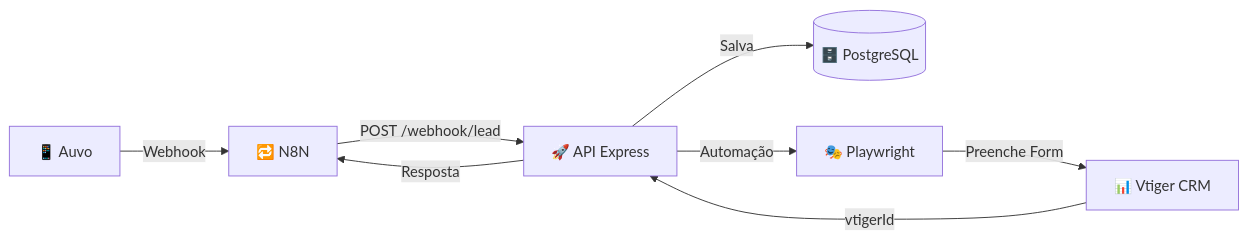
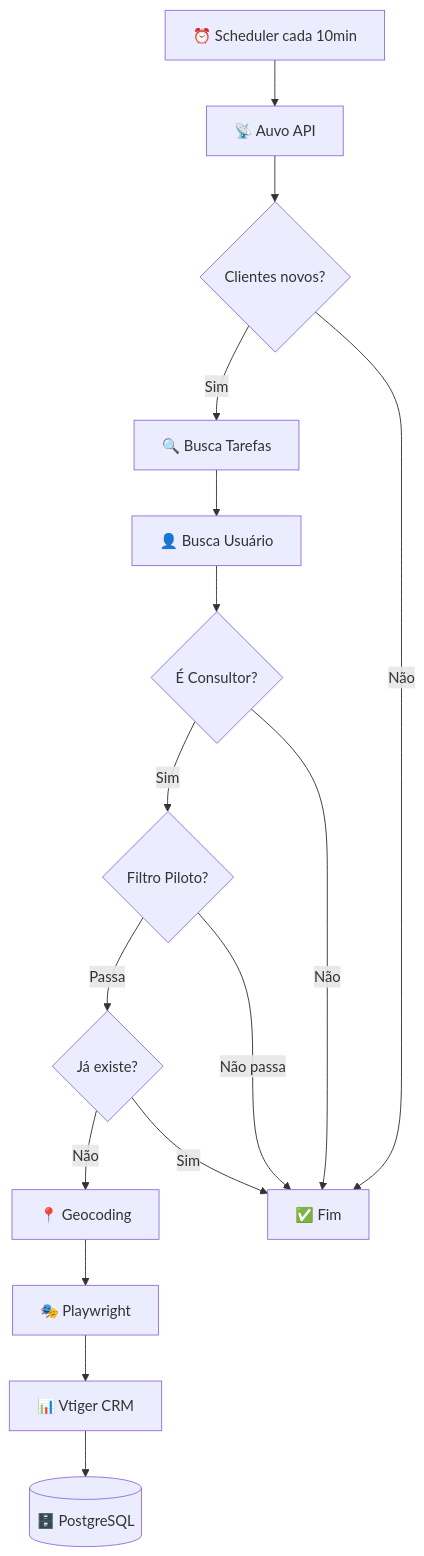
One commit to Purifikar/auvo-to-vtiger-leads changed the diagram in README.md. Above: the diagram before and after it, drawn with Mermaid. The commit also changed other lines of this file and 58 other files, not shown here.

````diff
--- a/README.md
+++ b/README.md
@@ -77,10 +173,19 @@
 ```mermaid
-flowchart LR
-    A[📱 Auvo] -->|Webhook| B[🔁 N8N]
-    B -->|POST /webhook/lead| C[🚀 API Express]
-    C -->|Salva| D[(🗄️ PostgreSQL)]
-    C -->|Automação| E[🎭 Playwright]
-    E -->|Preenche Form| F[📊 Vtiger CRM]
-    F -->|vtigerId| C
-    C -->|Resposta| B
+flowchart TB
+    A[⏰ Scheduler cada 10min] --> B[📡 Auvo API]
+    B --> C{Clientes novos?}
+    C -->|Sim| D[🔍 Busca Tarefas]
+    D --> E[👤 Busca Usuário]
+    E --> F{É Consultor?}
+    F -->|Sim| G{Filtro Piloto?}
+    G -->|Passa| H{Já existe?}
+    H -->|Não| I[📍 Geocoding]
+    I --> J[🎭 Playwright]
+    J --> K[📊 Vtiger CRM]
+    K --> L[(🗄️ PostgreSQL)]
+    
+    C -->|Não| M[✅ Fim]
+    F -->|Não| M
+    G -->|Não passa| M
+    H -->|Sim| M
 ```
````
